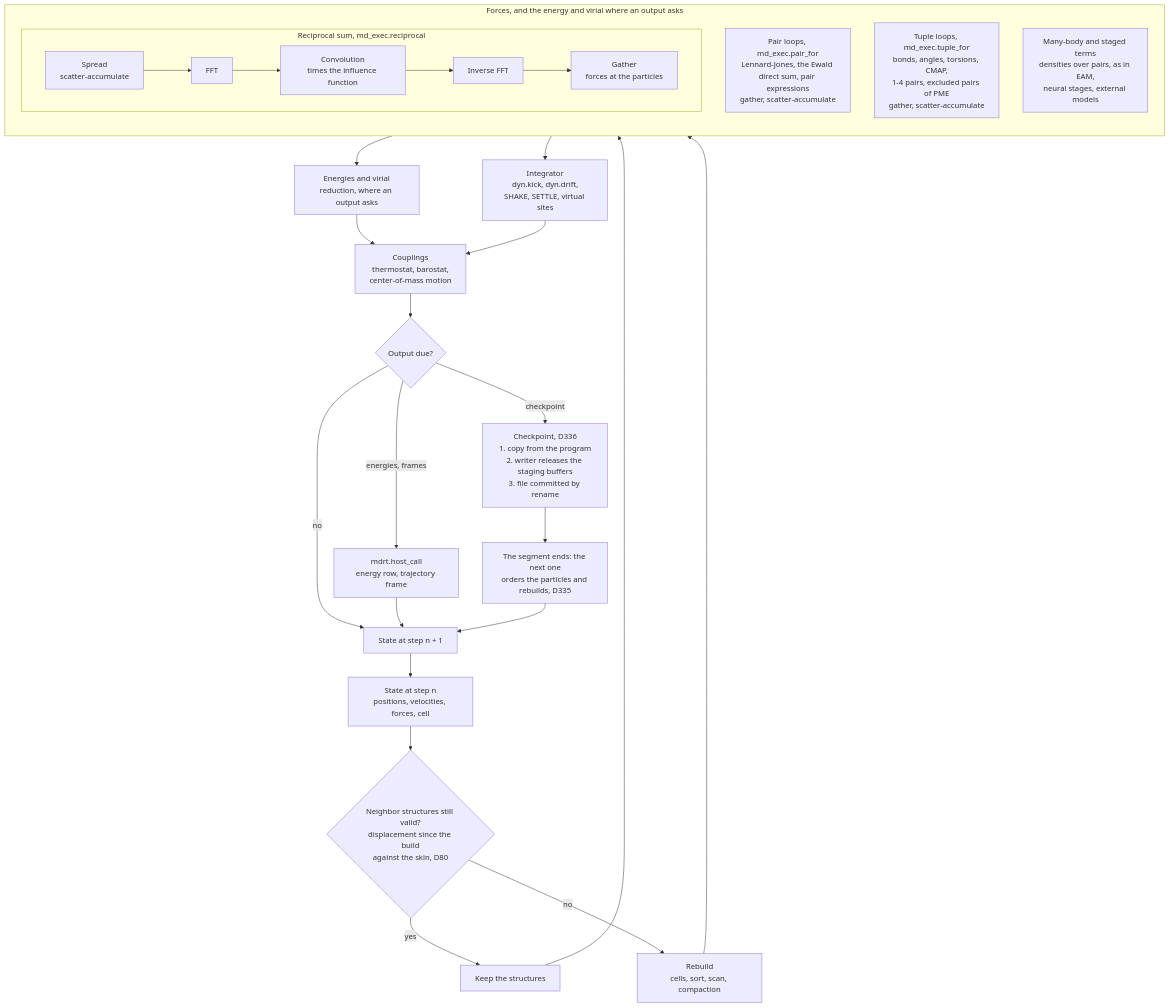
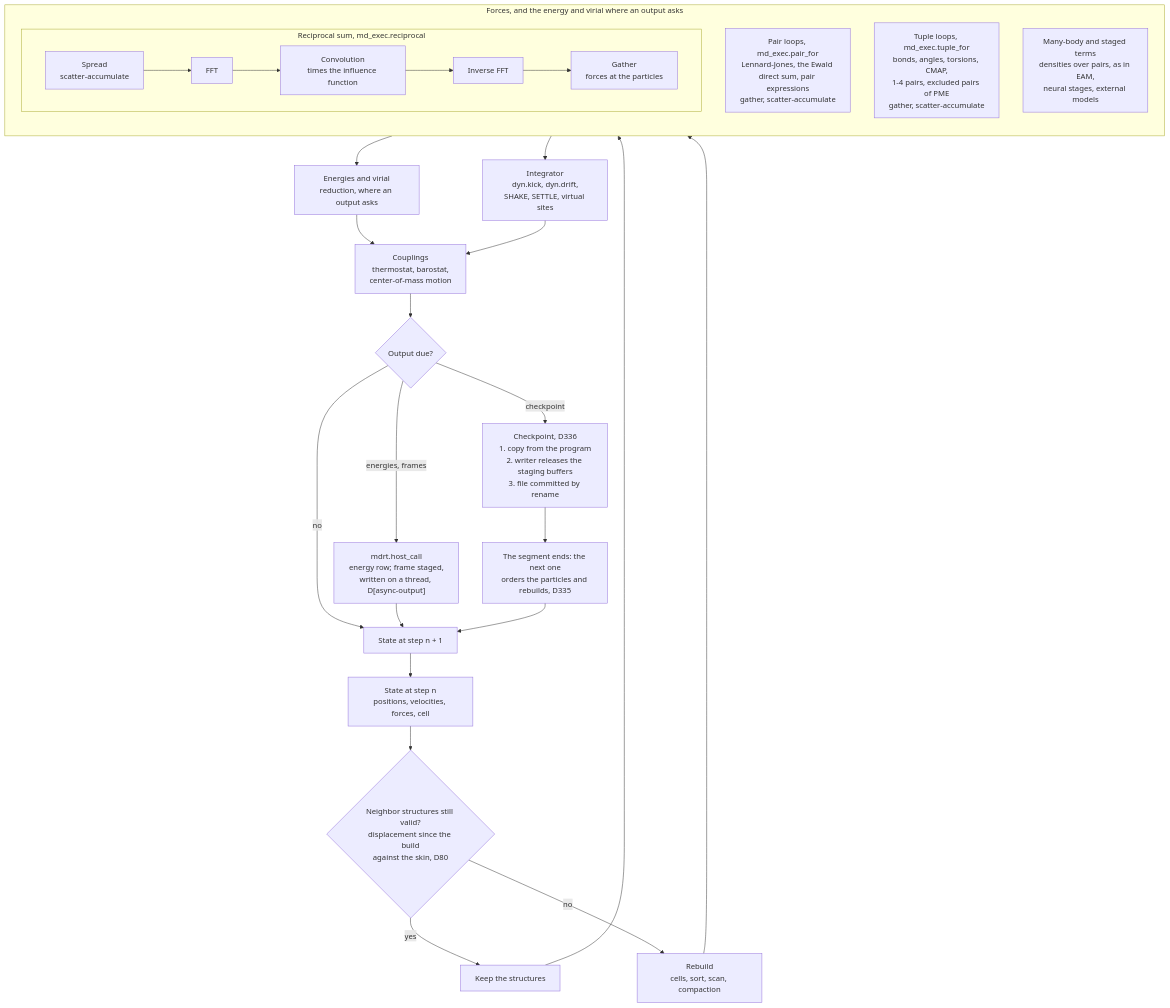
The third of 4 diagrams in docs/overview.md (vv137/mdir), drawn with Mermaid before and after one commit. The commit also changed other lines of this file and 9 other files, not shown here.

Commit message:
Document the staged frames and their thread (D[async-output], #113)

````diff
--- a/docs/overview.md
+++ b/docs/overview.md
@@ -249,33 +249,33 @@
 ```mermaid
 flowchart TD
     S0["State at step n<br/>positions, velocities, forces, cell"] --> V{"Neighbor structures still valid?<br/>displacement since the build<br/>against the skin, D80"}
     V -->|"yes"| KEEP["Keep the structures"]
     V -->|"no"| REB["Rebuild<br/>cells, sort, scan, compaction"]
     KEEP --> FORCES
     REB --> FORCES
     subgraph FORCES["Forces, and the energy and virial where an output asks"]
         direction TB
         PAIR["Pair loops, md_exec.pair_for<br/>Lennard-Jones, the Ewald direct sum, pair expressions<br/>gather, scatter-accumulate"]
         TUP["Tuple loops, md_exec.tuple_for<br/>bonds, angles, torsions, CMAP,<br/>1-4 pairs, excluded pairs of PME<br/>gather, scatter-accumulate"]
         MANY["Many-body and staged terms<br/>densities over pairs, as in EAM,<br/>neural stages, external models"]
         subgraph RECIP["Reciprocal sum, md_exec.reciprocal"]
             direction LR
             SPR["Spread<br/>scatter-accumulate"] --> FFT["FFT"]
             FFT --> CNV["Convolution<br/>times the influence function"]
             CNV --> IFFT["Inverse FFT"]
             IFFT --> GAT["Gather<br/>forces at the particles"]
         end
     end
     FORCES --> RED["Energies and virial<br/>reduction, where an output asks"]
     RED --> CPL
     FORCES --> INT["Integrator<br/>dyn.kick, dyn.drift,<br/>SHAKE, SETTLE, virtual sites"]
     INT --> CPL["Couplings<br/>thermostat, barostat,<br/>center-of-mass motion"]
     CPL --> DUE{"Output due?"}
     DUE -->|"no"| S1["State at step n + 1"]
-    DUE -->|"energies, frames"| HC["mdrt.host_call<br/>energy row, trajectory frame"]
+    DUE -->|"energies, frames"| HC["mdrt.host_call<br/>energy row; frame staged,<br/>written on a thread, D[async-output]"]
     DUE -->|"checkpoint"| CK["Checkpoint, D336<br/>1. copy from the program<br/>2. writer releases the staging buffers<br/>3. file committed by rename"]
     HC --> S1
     CK --> SEG["The segment ends: the next one<br/>orders the particles and rebuilds, D335"]
     SEG --> S1
     S1 --> S0
 ```
````
